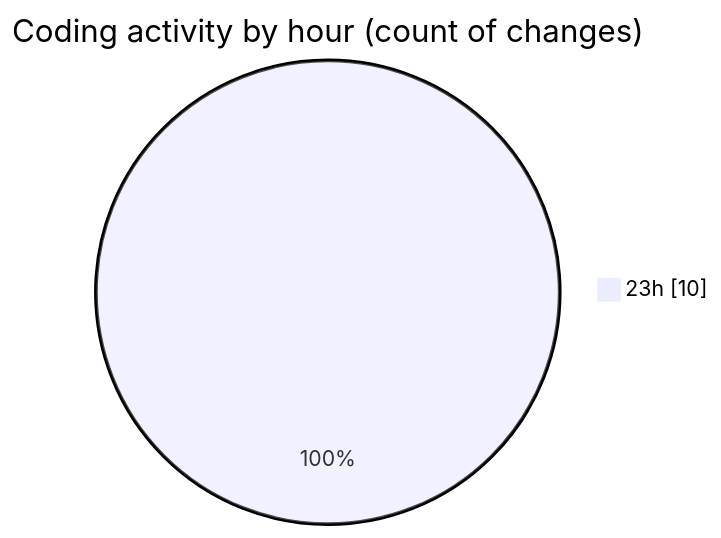
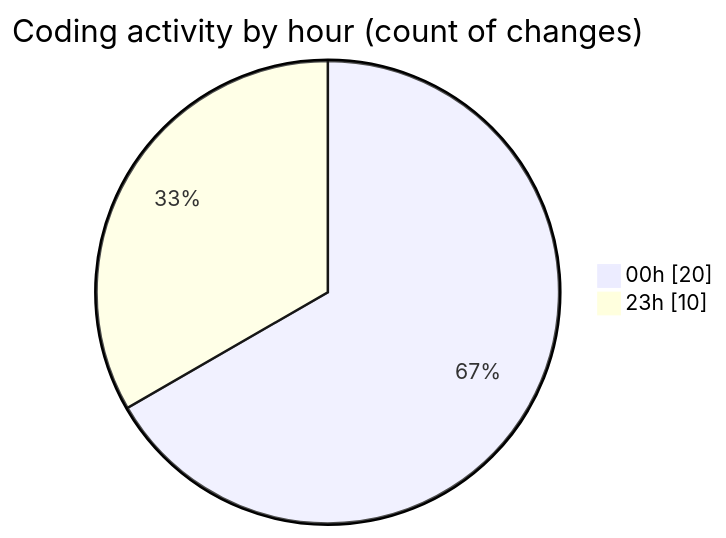
The second of 2 diagrams in 2025-07-15/nhahang/README.md (lephambinh05/code-tracking), drawn with Mermaid before and after one commit. The commit also changed other lines of this file and 1 other file, not shown here.

````diff
--- a/2025-07-15/nhahang/README.md
+++ b/2025-07-15/nhahang/README.md
@@ -32,5 +42,6 @@
 ```mermaid
 pie showData
 title Coding activity by hour (count of changes)
+"00h" : 20
 "23h" : 10
 ```
````
